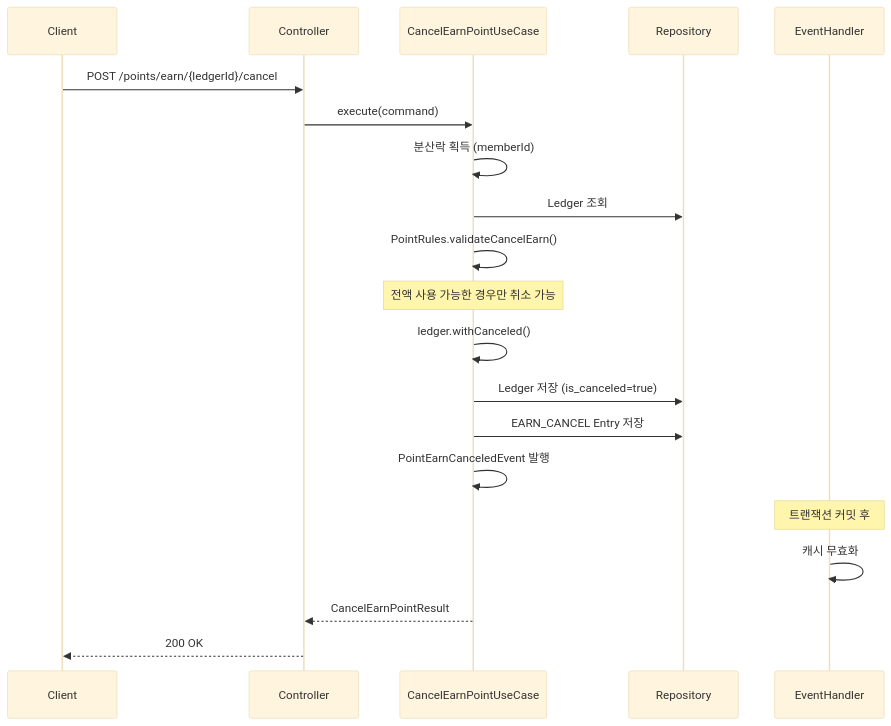
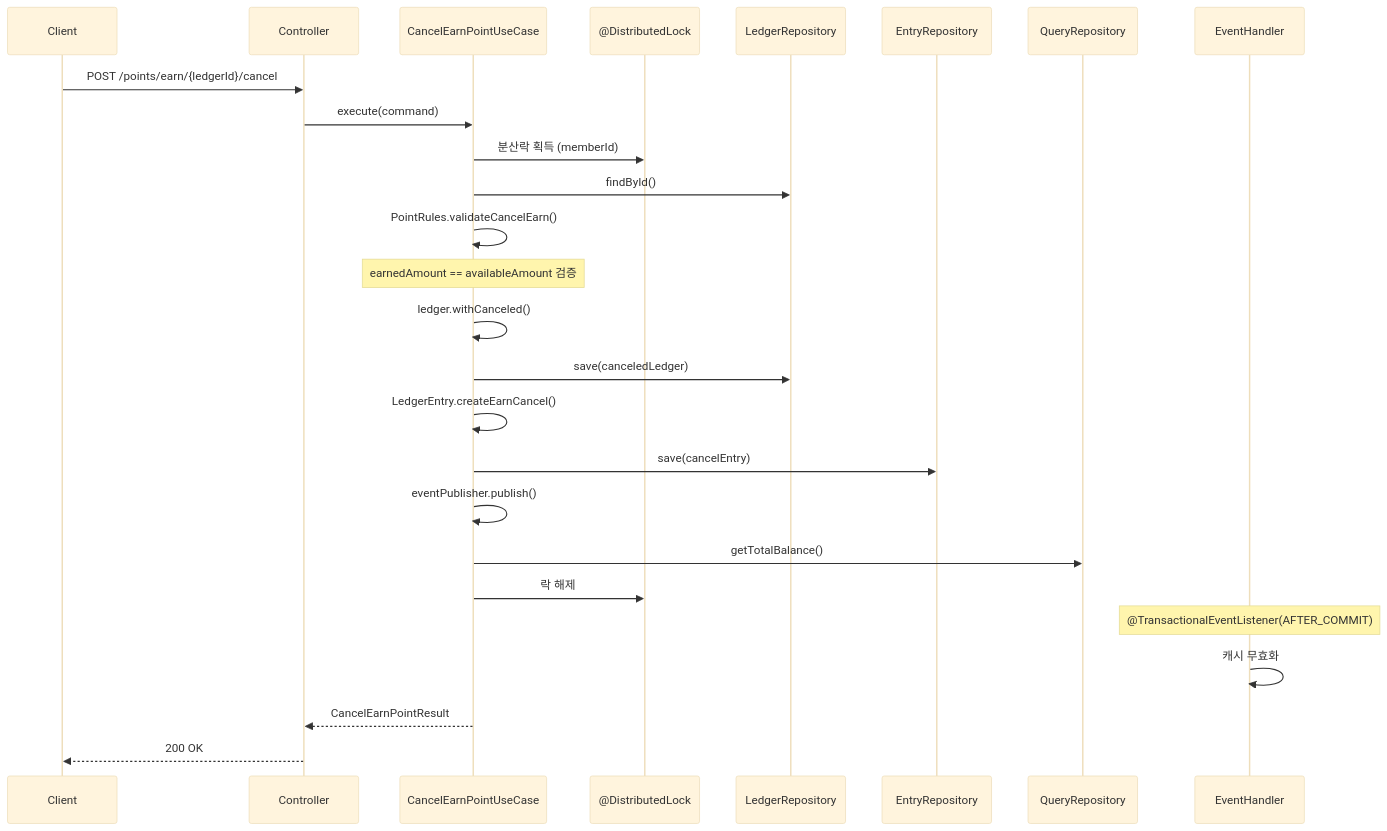
Before and after one commit to hayden-han/point-system-demo: the fifth of 5 diagrams in README.md, drawn with Mermaid (base theme). The commit also changed other lines of this file, not shown here.

First line of the commit message:
docs: 누락된 시퀀스 다이어그램 변경사항을 업데이트

````diff
--- a/README.md
+++ b/README.md
@@ -428,28 +434,34 @@
 ```mermaid
 sequenceDiagram
     participant Client
     participant Controller
     participant UseCase as CancelEarnPointUseCase
-    participant Repository
+    participant Lock as @DistributedLock
+    participant LedgerRepo as LedgerRepository
+    participant EntryRepo as EntryRepository
+    participant QueryRepo as QueryRepository
     participant EventHandler
 
     Client->>Controller: POST /points/earn/{ledgerId}/cancel
     Controller->>UseCase: execute(command)
+    UseCase->>Lock: 분산락 획득 (memberId)
 
-    UseCase->>UseCase: 분산락 획득 (memberId)
-    UseCase->>Repository: Ledger 조회
-
+    UseCase->>LedgerRepo: findById()
     UseCase->>UseCase: PointRules.validateCancelEarn()
-    Note over UseCase: 전액 사용 가능한 경우만 취소 가능
+    Note over UseCase: earnedAmount == availableAmount 검증
 
     UseCase->>UseCase: ledger.withCanceled()
-    UseCase->>Repository: Ledger 저장 (is_canceled=true)
-    UseCase->>Repository: EARN_CANCEL Entry 저장
-    UseCase->>UseCase: PointEarnCanceledEvent 발행
+    UseCase->>LedgerRepo: save(canceledLedger)
+    UseCase->>UseCase: LedgerEntry.createEarnCancel()
+    UseCase->>EntryRepo: save(cancelEntry)
+    UseCase->>UseCase: eventPublisher.publish()
 
-    Note over EventHandler: 트랜잭션 커밋 후
+    UseCase->>QueryRepo: getTotalBalance()
+    UseCase->>Lock: 락 해제
+
+    Note over EventHandler: @TransactionalEventListener(AFTER_COMMIT)
     EventHandler->>EventHandler: 캐시 무효화
 
     UseCase-->>Controller: CancelEarnPointResult
     Controller-->>Client: 200 OK
 ```
````
